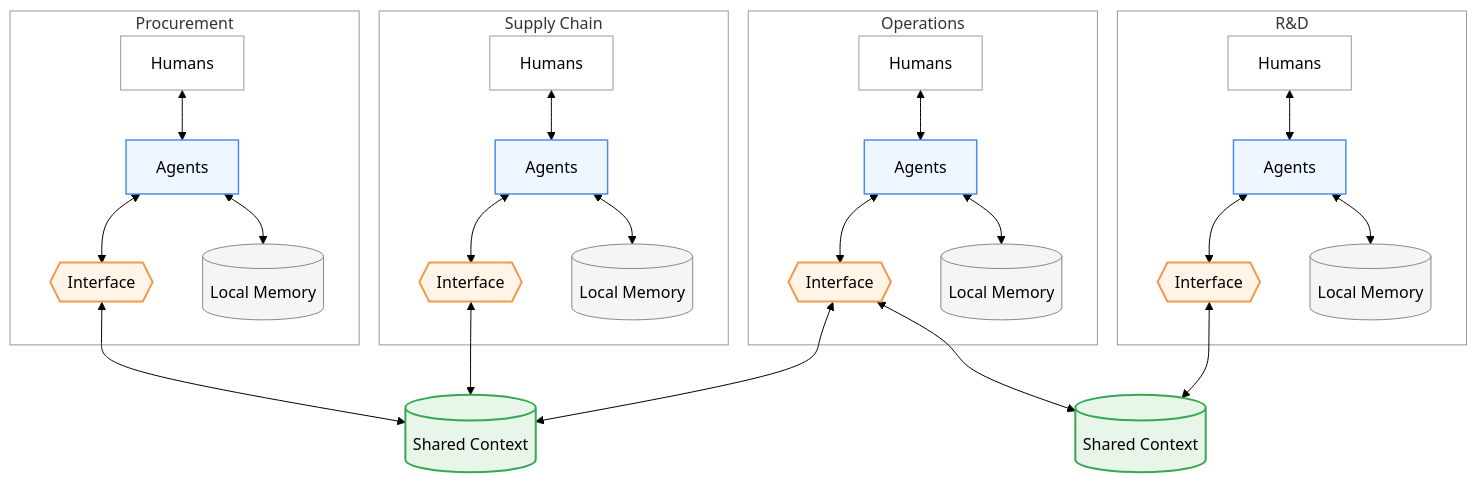
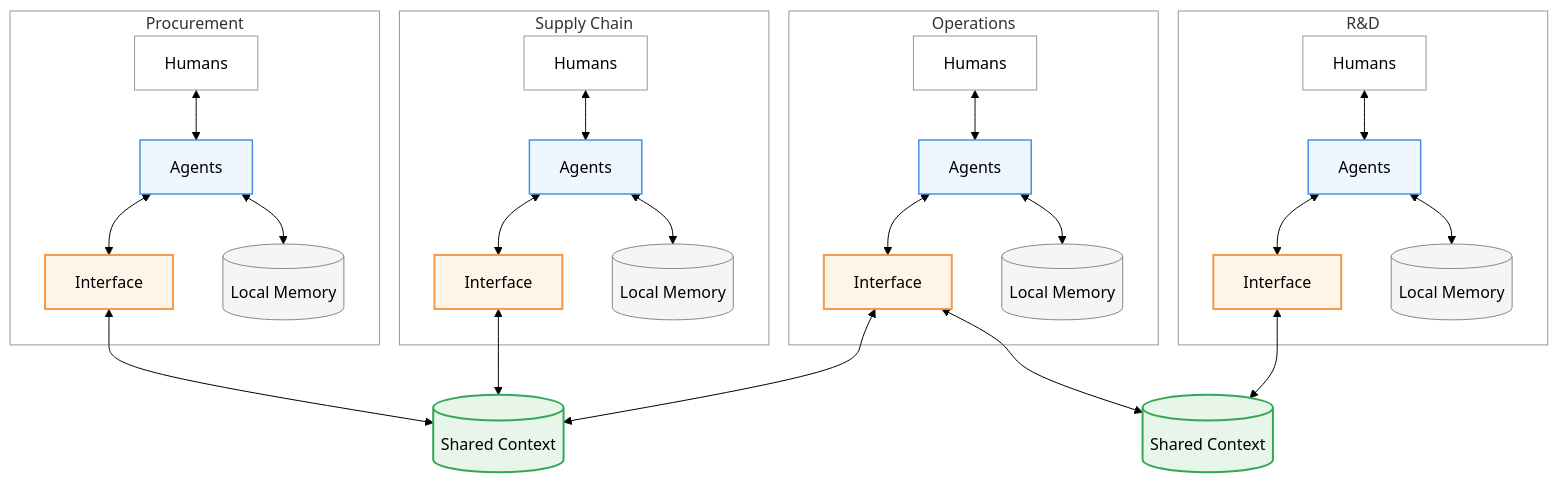
Before and after one commit to yueguoguo/yueguoguo.github.io: the second of 2 diagrams in _posts/2026-04-01-conway-law.md, drawn with Mermaid (forest theme).

Commit message:
rename tags

```diff
--- a/_posts/2026-04-01-conway-law.md
+++ b/_posts/2026-04-01-conway-law.md
@@ -205,54 +205,54 @@
 <div class="mermaid">
 flowchart TD
 
     %% ===== Nodes =====
     subgraph P["Procurement"]
         PH[Humans] <--> PA[Agents]
-        PA <--> PI{{Interface}}
+        PA <--> PI[Interface]
         PA <--> PM[(Local Memory)]
     end
 
     subgraph S["Supply Chain"]
         SH[Humans] <--> SA[Agents]
-        SA <--> SI{{Interface}}
+        SA <--> SI[Interface]
         SA <--> SM[(Local Memory)]
     end
 
     SC1[(Shared Context)]
 
     subgraph O["Operations"]
         OH[Humans] <--> OA[Agents]
-        OA <--> OI{{Interface}}
+        OA <--> OI[Interface]
         OA <--> OM[(Local Memory)]
     end
 
     SC2[(Shared Context)]
 
     subgraph R["R&D"]
         RH[Humans] <--> RA[Agents]
-        RA <--> RI{{Interface}}
+        RA <--> RI[Interface]
         RA <--> RM[(Local Memory)]
     end
 
     %% ===== Links =====
     PI <--> SC1
     SI <--> SC1
     OI <--> SC1
 
     OI <--> SC2
     RI <--> SC2
 
     %% ===== Styles =====
     classDef org fill:#ffffff,stroke:#999,stroke-width:1px;
     classDef agent fill:#eef6ff,stroke:#4a90e2,stroke-width:1.5px;
     classDef memory fill:#f5f5f5,stroke:#888,stroke-width:1px;
     classDef interface fill:#fff4e8,stroke:#f2994a,stroke-width:2px;
     classDef context fill:#e8f5e9,stroke:#34a853,stroke-width:2px;
 
     class P,S,O,R org;
     class PH,SH,OH,RH org;
     class PA,SA,OA,RA agent;
     class PM,SM,OM,RM memory;
     class PI,SI,OI,RI interface;
     class SC1,SC2 context;
 </div>
```
